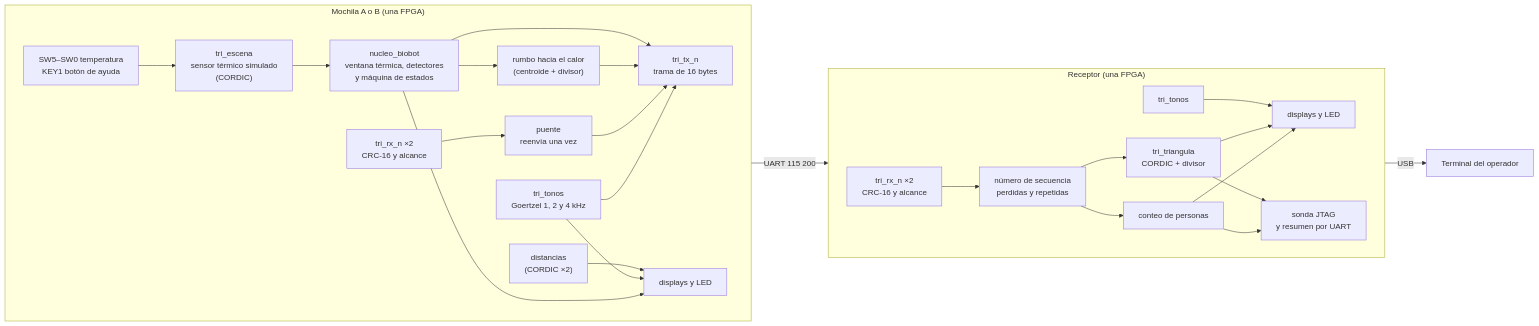
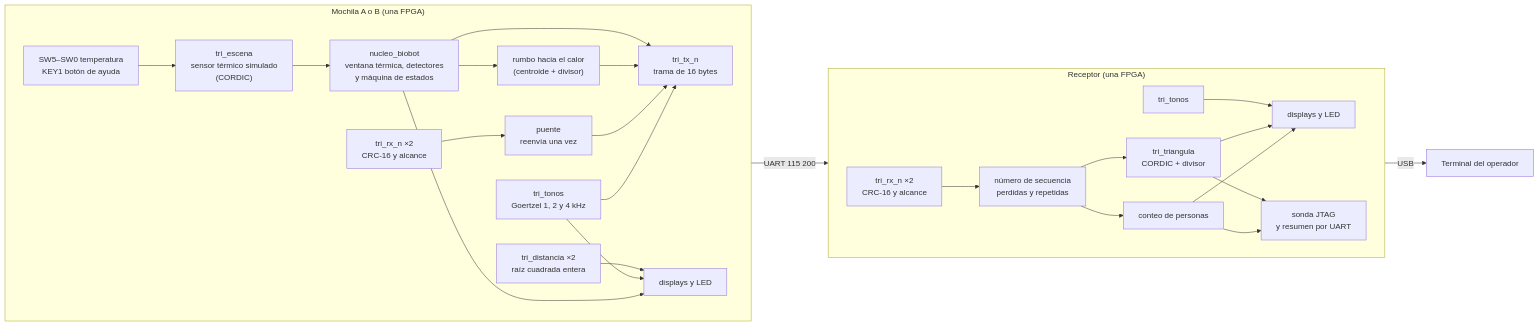
One commit to AdamPark7014/biobot-rescue-proyecto-final changed the diagram in README.md. Above: the diagram before and after it, drawn with Mermaid. The commit also changed other lines of this file and 61 other files, not shown here.

````diff
--- a/README.md
+++ b/README.md
@@ -137,32 +165,32 @@
 ```mermaid
 flowchart LR
     subgraph MOCHILA["Mochila A o B (una FPGA)"]
         direction LR
         ENT["SW5–SW0 temperatura<br/>KEY1 botón de ayuda"] --> ESC["tri_escena<br/>sensor térmico simulado<br/>(CORDIC)"]
         ESC --> NUC["nucleo_biobot<br/>ventana térmica, detectores<br/>y máquina de estados"]
         NUC --> RUM["rumbo hacia el calor<br/>(centroide + divisor)"]
         RXM["tri_rx_n ×2<br/>CRC-16 y alcance"] --> PUE["puente<br/>reenvía una vez"]
         TON["tri_tonos<br/>Goertzel 1, 2 y 4 kHz"]
-        DIS["distancias<br/>(CORDIC ×2)"]
+        DIS["tri_distancia ×2<br/>raíz cuadrada entera"]
         NUC --> TXM["tri_tx_n<br/>trama de 16 bytes"]
         RUM --> TXM
         PUE --> TXM
         TON --> TXM
         DIS --> IND["displays y LED"]
         TON --> IND
         NUC --> IND
     end
     subgraph RECEPTOR["Receptor (una FPGA)"]
         direction LR
         RXR["tri_rx_n ×2<br/>CRC-16 y alcance"] --> SEC["número de secuencia<br/>perdidas y repetidas"]
         SEC --> TRI["tri_triangula<br/>CORDIC + divisor"]
         SEC --> CNT["conteo de personas"]
         TONR["tri_tonos"] --> INDR["displays y LED"]
         TRI --> INDR
         CNT --> INDR
         TRI --> SON["sonda JTAG<br/>y resumen por UART"]
         CNT --> SON
     end
     TXM -- "UART 115 200" --> RXR
     SON -- "USB" --> PC["Terminal del operador"]
 ```
````
